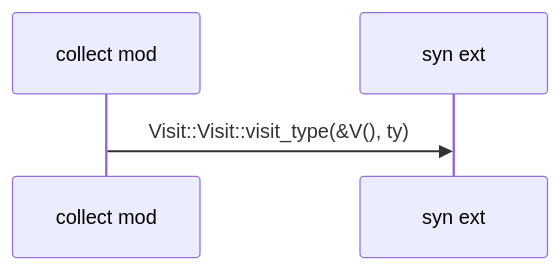
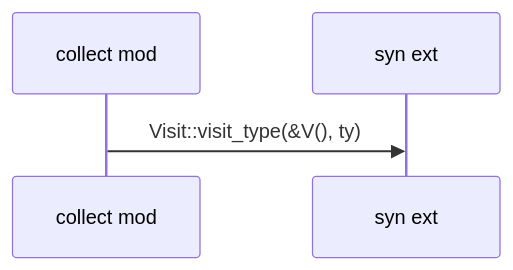
Before and after one commit to DreamLab-AI/codemaid: diagram 25 of 50 in docs/sealmap/crates/sealmap-rust/src/collect.rs.md, drawn with Mermaid. The commit also changed other lines of this file and 29 other files, not shown here.

````diff
--- a/docs/sealmap/crates/sealmap-rust/src/collect.rs.md
+++ b/docs/sealmap/crates/sealmap-rust/src/collect.rs.md
@@ -846,6 +846,6 @@
 ```mermaid
 sequenceDiagram
   participant sealmap_rust__collect as collect mod
   participant _syn as syn ext
-  sealmap_rust__collect->>_syn: Visit::Visit::visit_type(&V(), ty)
+  sealmap_rust__collect->>_syn: Visit::visit_type(&V(), ty)
 ```
````
